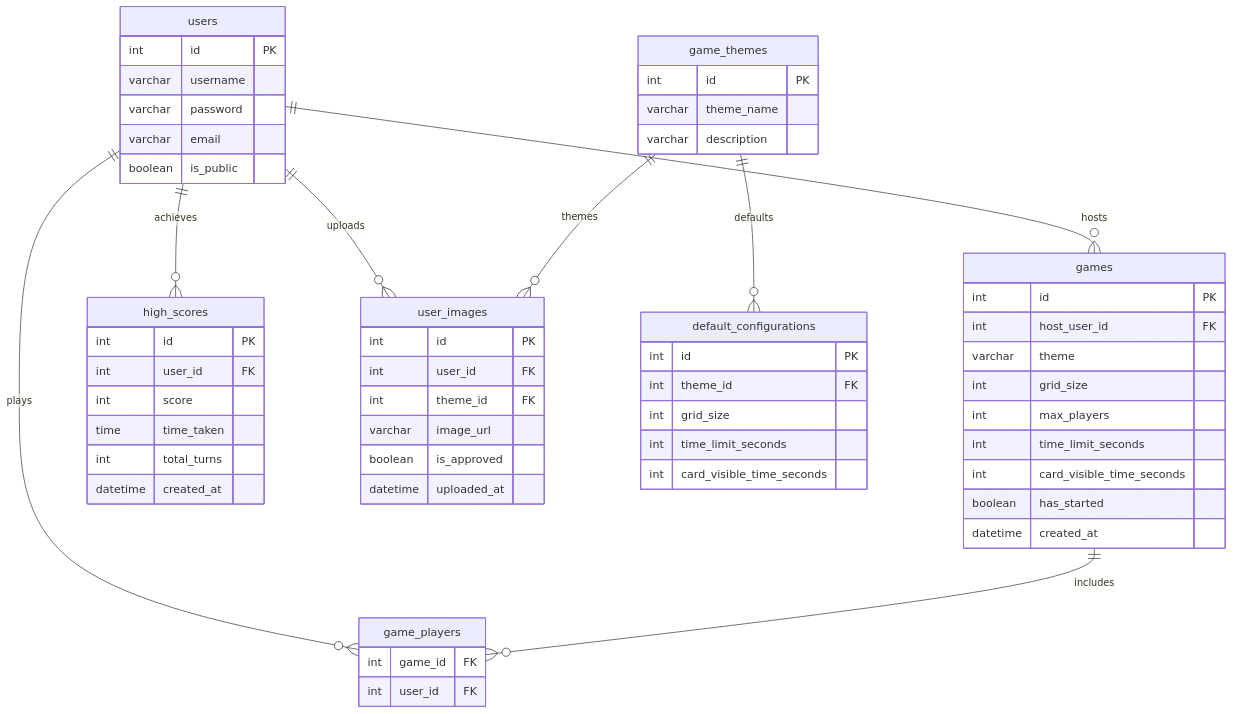
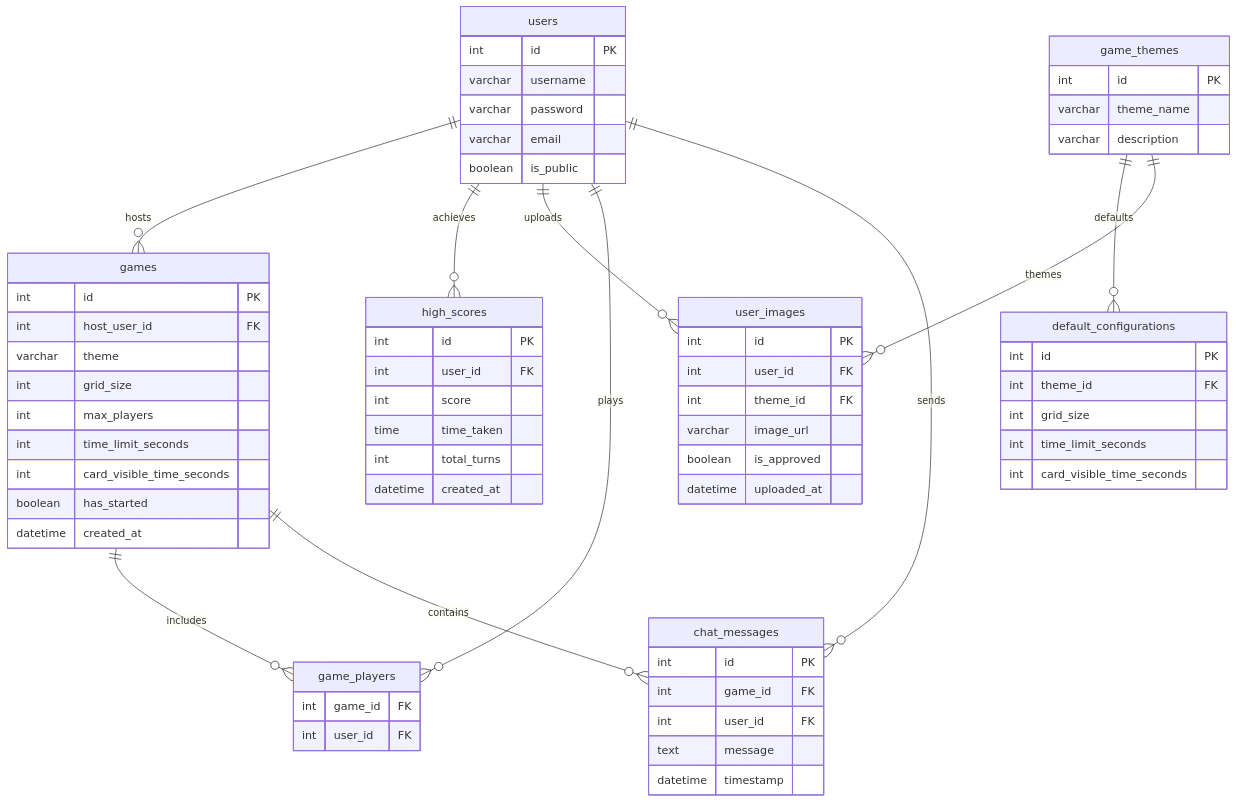
One commit to developer239/pexeso changed the diagram in docs/DB_SCHEMA.md. Above: the diagram before and after it, drawn with Mermaid.

Commit message:
docs: add chat_message to DB schema

````diff
--- a/docs/DB_SCHEMA.md
+++ b/docs/DB_SCHEMA.md
@@ -3,68 +3,77 @@
 ```mermaid
 erDiagram
-
     users {
-        int id PK 
-        varchar username 
-        varchar password 
-        varchar email 
+        int id PK
+        varchar username
+        varchar password
+        varchar email
         boolean is_public
     }
 
     games {
         int id PK
         int host_user_id FK
-        varchar theme 
-        int grid_size 
+        varchar theme
+        int grid_size
         int max_players
         int time_limit_seconds
         int card_visible_time_seconds
         boolean has_started
         datetime created_at
     }
 
     high_scores {
         int id PK
-        int user_id FK 
-        int score 
+        int user_id FK
+        int score
         time time_taken
         int total_turns
         datetime created_at
     }
 
     user_images {
         int id PK
         int user_id FK
         int theme_id FK
-        varchar image_url 
+        varchar image_url
         boolean is_approved
         datetime uploaded_at
     }
 
     game_themes {
         int id PK
         varchar theme_name
         varchar description
     }
 
     default_configurations {
         int id PK
         int theme_id FK
-        int grid_size 
+        int grid_size
         int time_limit_seconds
         int card_visible_time_seconds
     }
 
     game_players {
         int game_id FK
         int user_id FK
     }
 
-    users ||--o{ games : "hosts"
-    users ||--o{ high_scores : "achieves"
-    users ||--o{ user_images : "uploads"
-    users ||--o{ game_players : "plays"
-    games ||--o{ game_players : "includes"
-    game_themes ||--o{ default_configurations : "defaults"
-    game_themes ||--o{ user_images : "themes"
+    chat_messages {
+        int id PK
+        int game_id FK
+        int user_id FK
+        text message
+        datetime timestamp
+    }
+
+    users ||--o{ games: "hosts"
+    users ||--o{ high_scores: "achieves"
+    users ||--o{ user_images: "uploads"
+    users ||--o{ game_players: "plays"
+    users ||--o{ chat_messages: "sends"
+    games ||--o{ game_players: "includes"
+    games ||--o{ chat_messages: "contains"
+    game_themes ||--o{ default_configurations: "defaults"
+    game_themes ||--o{ user_images: "themes"
 ```
````
